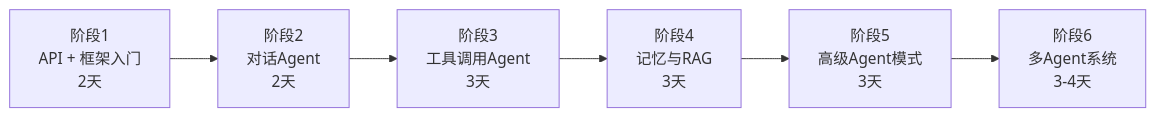
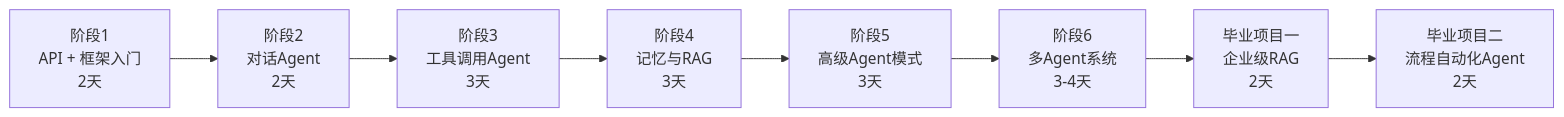
One commit to hubuyaolian/ai-agent-from-zero changed the diagram in LEARNING_PLAN.md. Above: the diagram before and after it, drawn with Mermaid. The commit also changed other lines of this file and 14 other files, not shown here.

````diff
--- a/LEARNING_PLAN.md
+++ b/LEARNING_PLAN.md
@@ -35,8 +35,10 @@
 ```mermaid
 graph LR
     A["阶段1<br>API + 框架入门<br>2天"] --> B["阶段2<br>对话Agent<br>2天"]
     B --> C["阶段3<br>工具调用Agent<br>3天"]
     C --> D["阶段4<br>记忆与RAG<br>3天"]
     D --> E["阶段5<br>高级Agent模式<br>3天"]
     E --> F["阶段6<br>多Agent系统<br>3-4天"]
+    F --> G["毕业项目一<br>企业级RAG<br>2天"]
+    G --> H["毕业项目二<br>流程自动化Agent<br>2天"]
 ```
````
